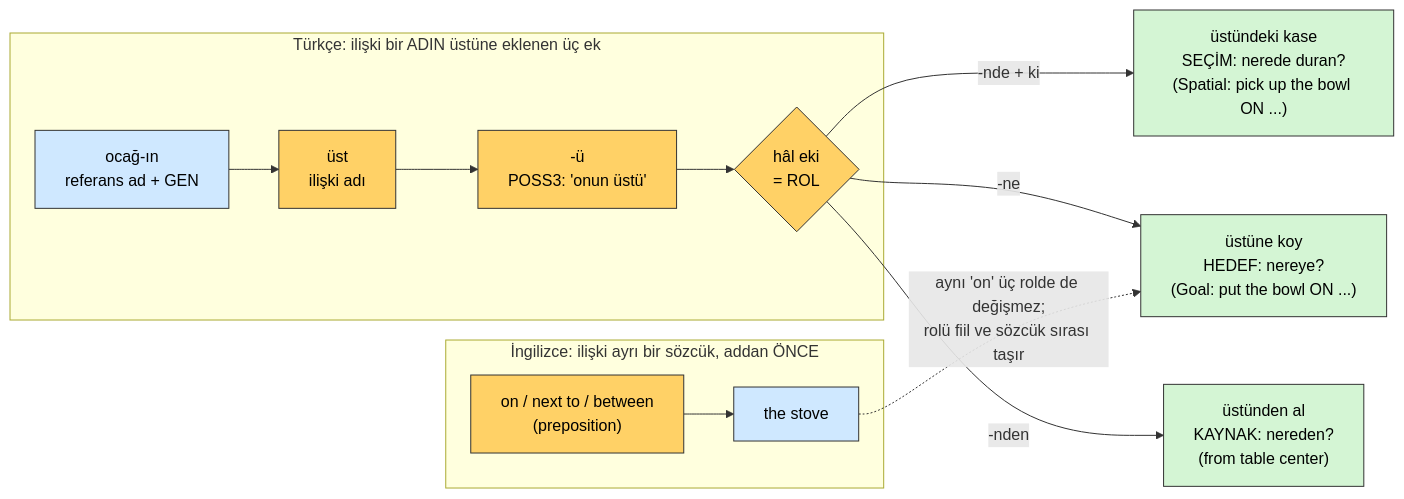
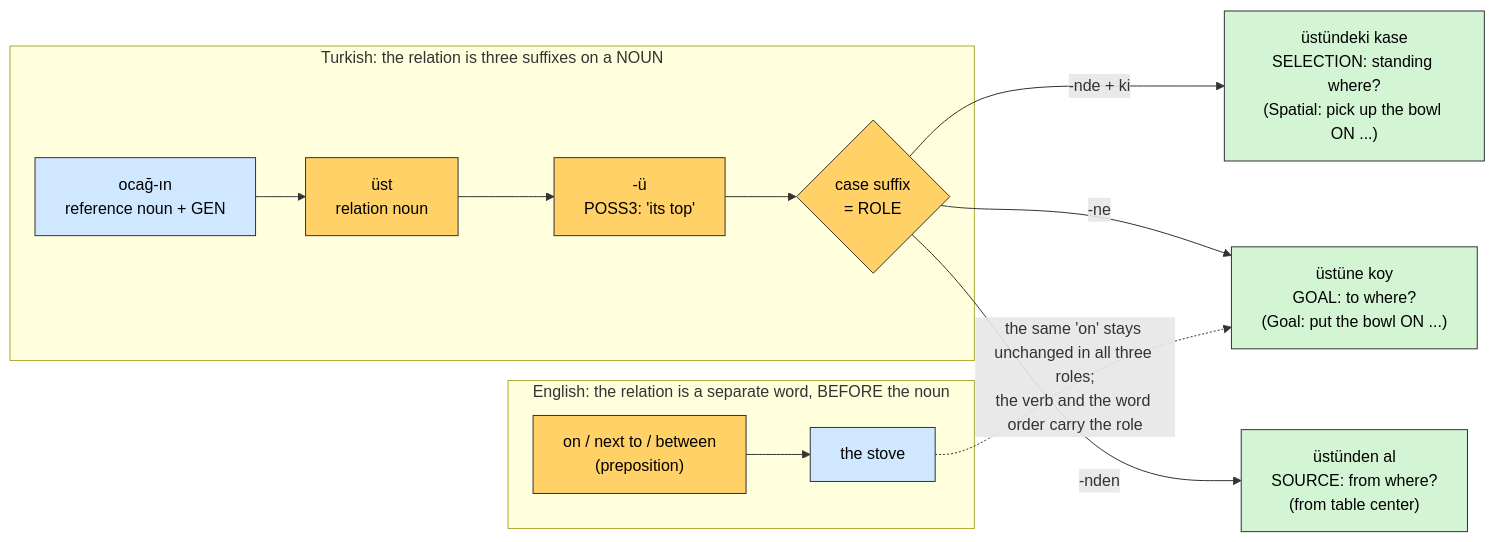
One commit to mesutd0nmez/vla-robot-learning-tr changed the diagram in lectures/images/lecture-20/01-phrase-anatomy.mmd. Above: the diagram before and after it, drawn with Mermaid. The commit also changed 430 other files, not shown here.

```diff
--- a/lectures/images/lecture-20/01-phrase-anatomy.mmd
+++ b/lectures/images/lecture-20/01-phrase-anatomy.mmd
@@ -1,14 +1,14 @@
 flowchart LR
-  subgraph EN["İngilizce: ilişki ayrı bir sözcük, addan ÖNCE"]
+  subgraph EN["English: the relation is a separate word, BEFORE the noun"]
     e1["on / next to / between<br/>(preposition)"]:::key --> e2["the stove"]:::inp
   end
-  subgraph TR["Türkçe: ilişki bir ADIN üstüne eklenen üç ek"]
-    t1["ocağ-ın<br/>referans ad + GEN"]:::inp --> t2["üst<br/>ilişki adı"]:::key --> t3["-ü<br/>POSS3: 'onun üstü'"]:::key --> t4{"hâl eki<br/>= ROL"}:::key
+  subgraph TR["Turkish: the relation is three suffixes on a NOUN"]
+    t1["ocağ-ın<br/>reference noun + GEN"]:::inp --> t2["üst<br/>relation noun"]:::key --> t3["-ü<br/>POSS3: 'its top'"]:::key --> t4{"case suffix<br/>= ROLE"}:::key
   end
-  t4 -->|"-nde + ki"| r1["üstündeki kase<br/>SEÇİM: nerede duran?<br/>(Spatial: pick up the bowl ON ...)"]:::out
-  t4 -->|"-ne"| r2["üstüne koy<br/>HEDEF: nereye?<br/>(Goal: put the bowl ON ...)"]:::out
-  t4 -->|"-nden"| r3["üstünden al<br/>KAYNAK: nereden?<br/>(from table center)"]:::out
-  e2 -.->|"aynı 'on' üç rolde de değişmez;<br/>rolü fiil ve sözcük sırası taşır"| r2
+  t4 -->|"-nde + ki"| r1["üstündeki kase<br/>SELECTION: standing where?<br/>(Spatial: pick up the bowl ON ...)"]:::out
+  t4 -->|"-ne"| r2["üstüne koy<br/>GOAL: to where?<br/>(Goal: put the bowl ON ...)"]:::out
+  t4 -->|"-nden"| r3["üstünden al<br/>SOURCE: from where?<br/>(from table center)"]:::out
+  e2 -.->|"the same 'on' stays unchanged in all three roles;<br/>the verb and the word order carry the role"| r2
   classDef key fill:#ffd166,stroke:#333,color:#000
   classDef inp fill:#cfe8ff,stroke:#333,color:#000
   classDef out fill:#d4f5d4,stroke:#333,color:#000
```
